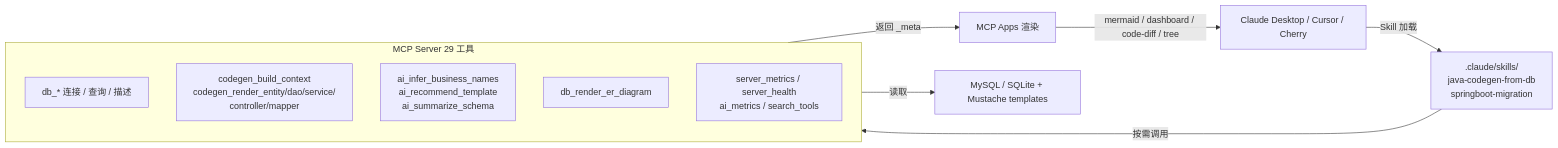
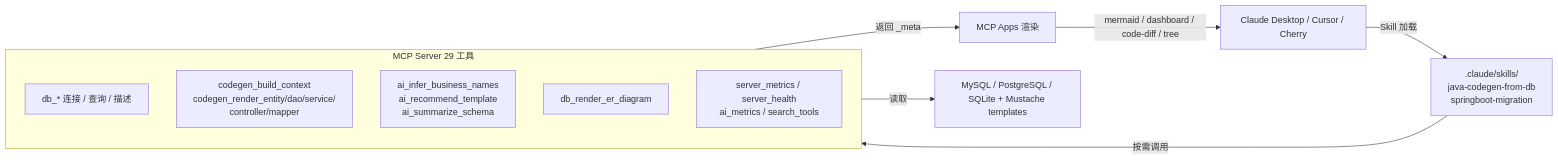
The diagram in README.md (ZhaoXingPeng/DBJavaGenix), drawn with Mermaid before and after one commit. The commit also changed other lines of this file and 5 other files, not shown here.

````diff
--- a/README.md
+++ b/README.md
@@ -10,19 +10,19 @@
 ```mermaid
 graph LR
     Client[Claude Desktop / Cursor / Cherry] -->|Skill 加载| Skills
     Skills[".claude/skills/<br/>java-codegen-from-db<br/>springboot-migration"]
     Skills -->|按需调用| MCP
 
     subgraph MCP[MCP Server 29 工具]
         direction TB
         DB[db_* 连接 / 查询 / 描述]
         Atom[codegen_build_context<br/>codegen_render_entity/dao/service/<br/>controller/mapper]
         AI[ai_infer_business_names<br/>ai_recommend_template<br/>ai_summarize_schema]
         Vis[db_render_er_diagram]
         Obs[server_metrics / server_health<br/>ai_metrics / search_tools]
     end
 
     MCP -->|返回 _meta| Apps[MCP Apps 渲染]
     Apps -->|mermaid / dashboard / code-diff / tree| Client
-    MCP -->|读取| Data[MySQL / SQLite + Mustache templates]
+    MCP -->|读取| Data[MySQL / PostgreSQL / SQLite + Mustache templates]
 ```
````
